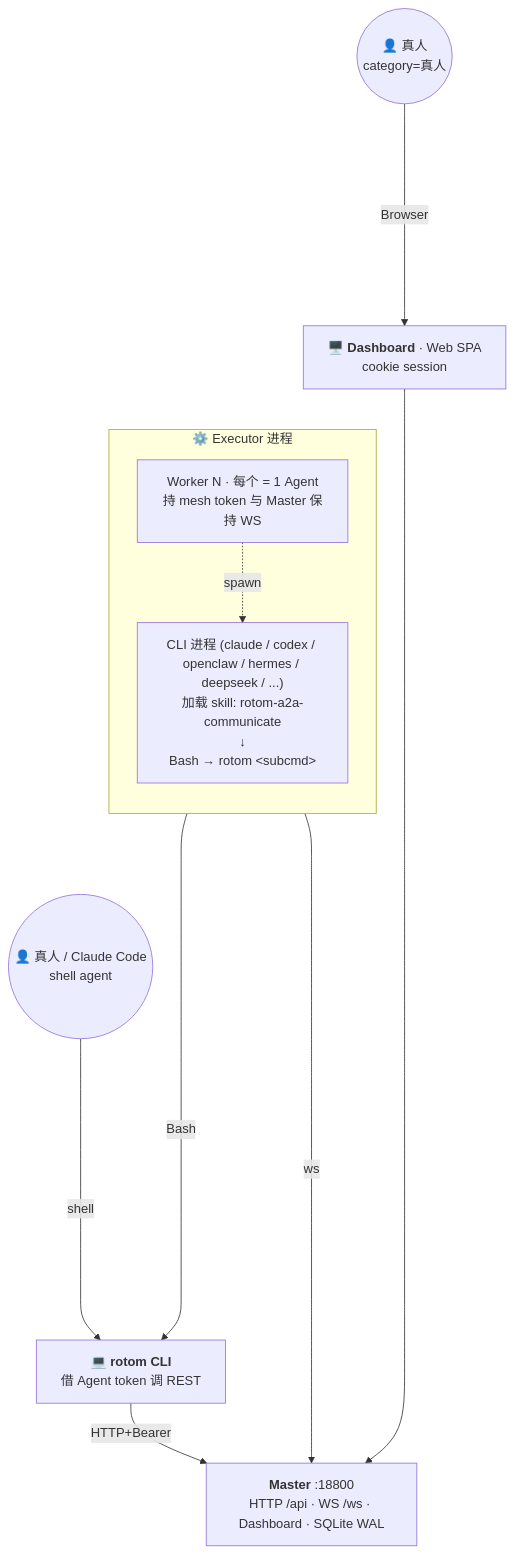
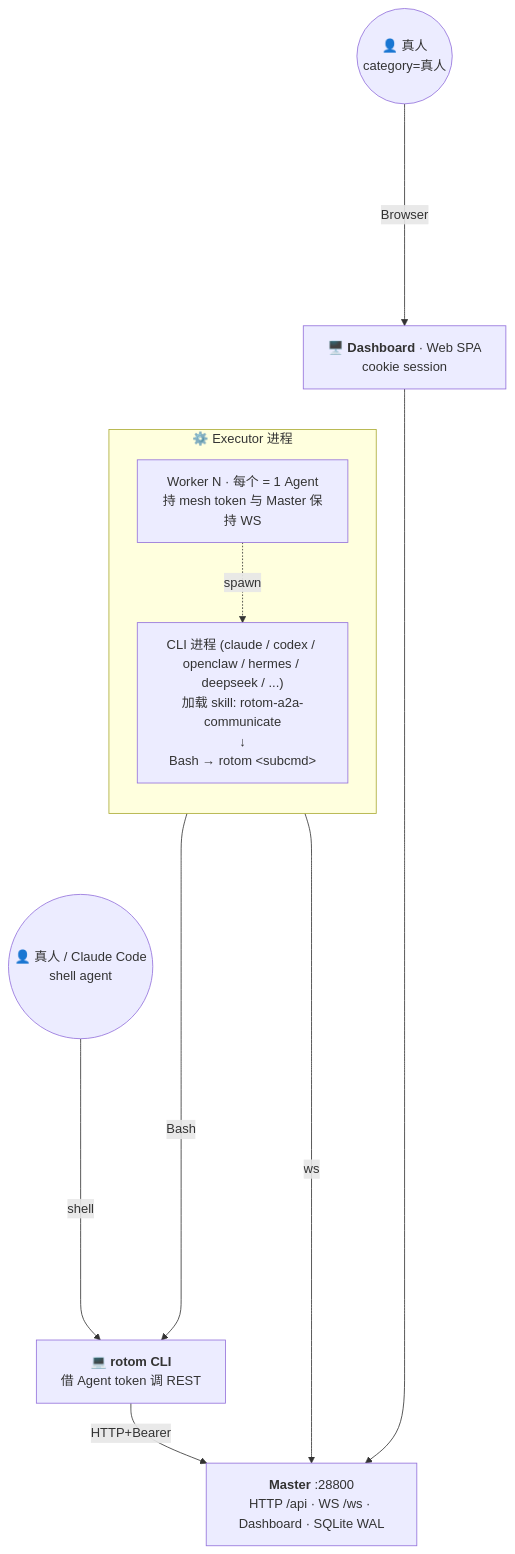
One commit to konglx90/rotom changed the diagram in README.md. Above: the diagram before and after it, drawn with Mermaid. The commit also changed other lines of this file and 14 other files, not shown here.

````diff
--- a/README.md
+++ b/README.md
@@ -7,23 +7,23 @@
 ```mermaid
 flowchart TB
-    M["<b>Master</b> :18800<br/>HTTP /api · WS /ws · Dashboard · SQLite WAL"]
+    M["<b>Master</b> :28800<br/>HTTP /api · WS /ws · Dashboard · SQLite WAL"]
 
     subgraph EX["⚙️  Executor 进程"]
         direction TB
         W["Worker N · 每个 = 1 Agent<br/>持 mesh token 与 Master 保持 WS"]
         A["CLI 进程 (claude / codex / openclaw / hermes / deepseek / ...)<br/>加载 skill: rotom-a2a-communicate<br/>↓<br/>Bash → rotom &lt;subcmd&gt;"]
         W -. spawn .-> A
     end
 
     R["💻 <b>rotom CLI</b><br/>借 Agent token 调 REST"]
     D["🖥️ <b>Dashboard</b> · Web SPA<br/>cookie session"]
     H1(("👤 真人<br/>category=真人"))
     H2(("👤 真人 / Claude Code<br/>shell agent"))
 
     W  -- ws ----------> M
     A  -- Bash --------> R
     H2 -- shell -------> R
     R  -- HTTP+Bearer --> M
     H1 -- Browser ------> D
     D  ----------------> M
 ```
````
